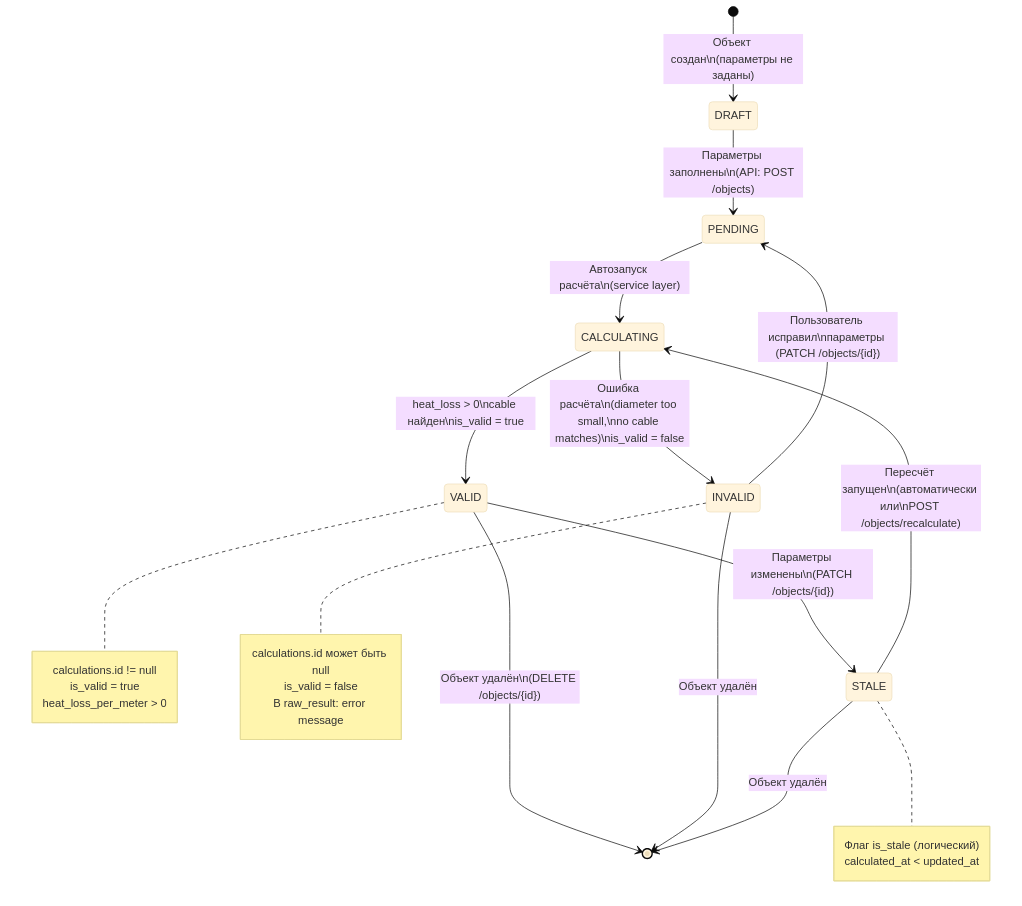
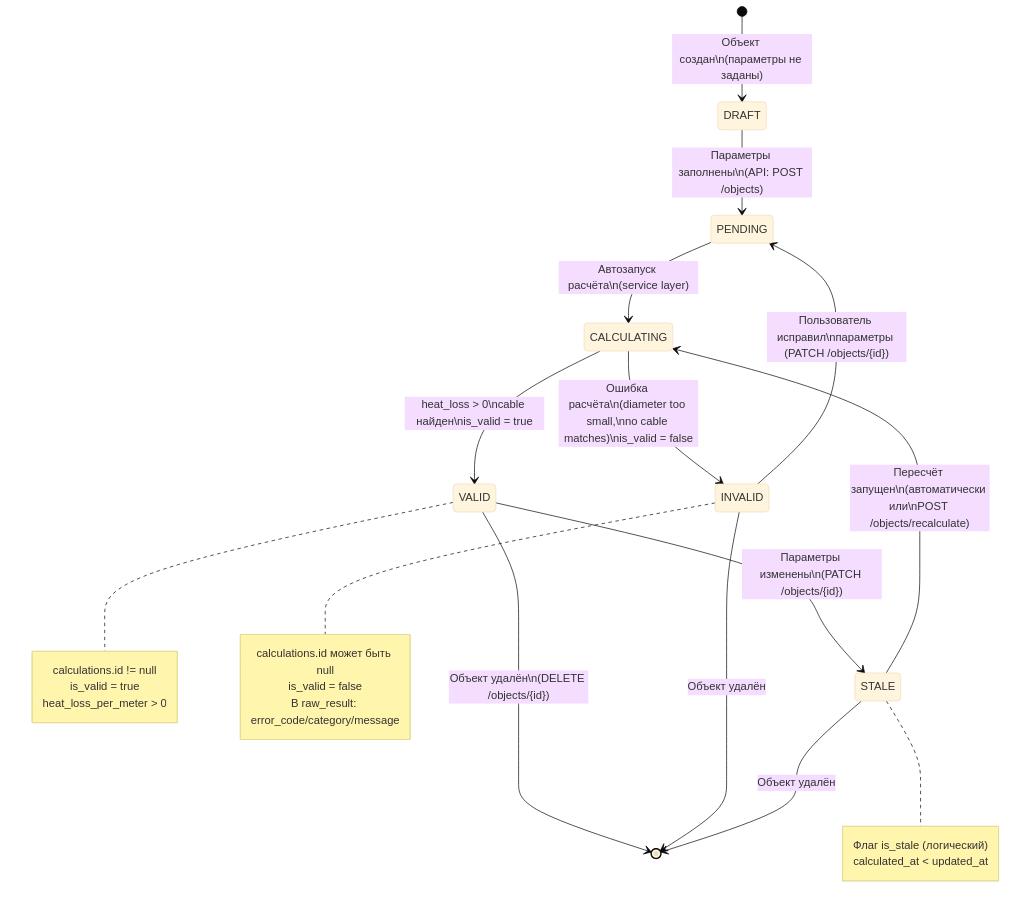
Before and after one commit to malafdmitry0-crypto/TLT: the fourth of 5 diagrams in docs/analysis/diagrams-domain.md, drawn with Mermaid (base theme). The commit also changed other lines of this file and 73 other files, not shown here.

````diff
--- a/docs/analysis/diagrams-domain.md
+++ b/docs/analysis/diagrams-domain.md
@@ -406,39 +408,39 @@
 ```mermaid
 stateDiagram-v2
     [*] --> DRAFT : Объект создан\n(параметры не заданы)
 
     DRAFT --> PENDING : Параметры заполнены\n(API: POST /objects)
 
     PENDING --> CALCULATING : Автозапуск расчёта\n(service layer)
 
     CALCULATING --> VALID : heat_loss > 0\ncable найден\nis_valid = true
 
     CALCULATING --> INVALID : Ошибка расчёта\n(diameter too small,\nno cable matches)\nis_valid = false
 
     INVALID --> PENDING : Пользователь исправил\nпараметры (PATCH /objects/{id})
 
     VALID --> STALE : Параметры изменены\n(PATCH /objects/{id})
 
     STALE --> CALCULATING : Пересчёт запущен\n(автоматически или\nPOST /objects/recalculate)
 
     VALID --> [*] : Объект удалён\n(DELETE /objects/{id})
     INVALID --> [*] : Объект удалён
     STALE --> [*] : Объект удалён
 
     note right of VALID
         calculations.id != null
         is_valid = true
         heat_loss_per_meter > 0
     end note
 
     note right of INVALID
         calculations.id может быть null
         is_valid = false
-        В raw_result: error message
+        В raw_result: error_code/category/message
     end note
 
     note right of STALE
         Флаг is_stale (логический)
         calculated_at < updated_at
     end note
 ```
````
